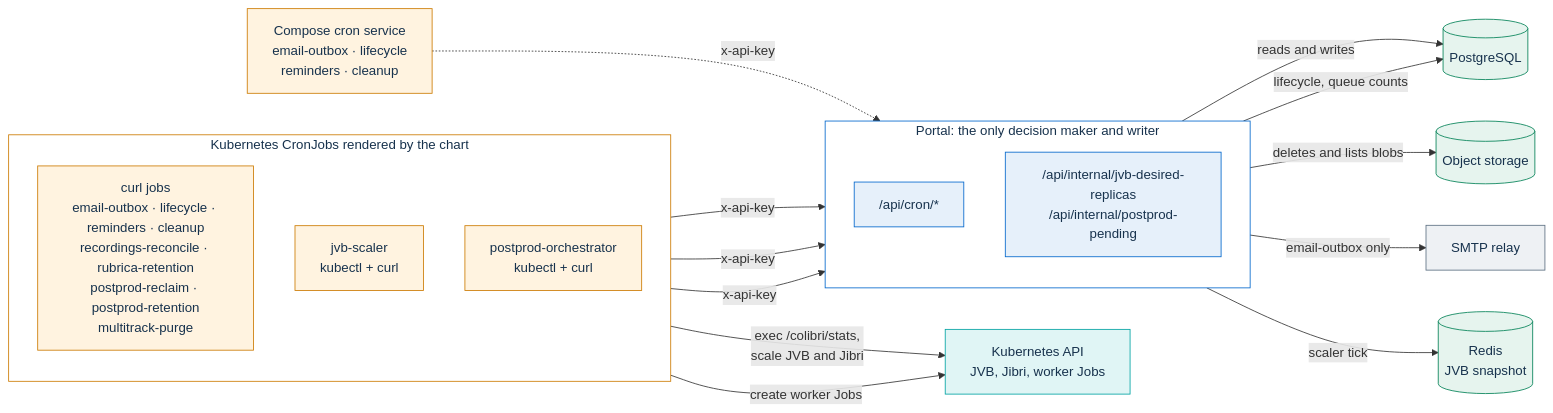
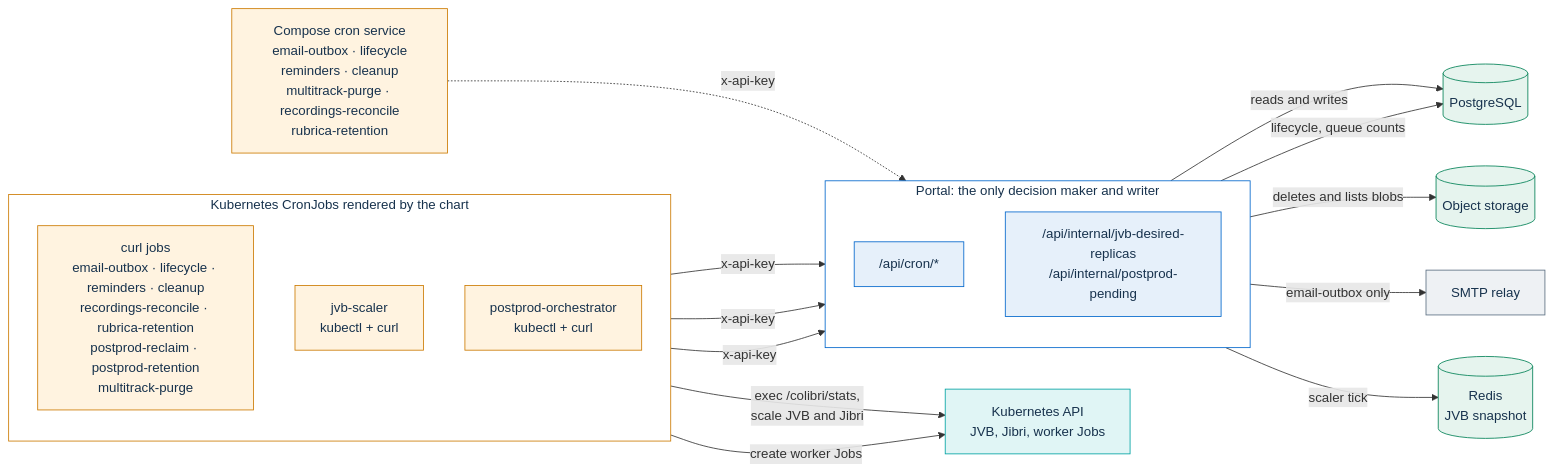
One commit to italia/pa-webinar changed the first of 3 diagrams in docs/architecture/background-jobs.md. Above: the diagram before and after it, drawn with Mermaid. The commit also changed other lines of this file and 18 other files, not shown here.

````diff
--- a/docs/architecture/background-jobs.md
+++ b/docs/architecture/background-jobs.md
@@ -27,42 +27,42 @@
 ```mermaid
 flowchart LR
   subgraph K8S["Kubernetes CronJobs rendered by the chart"]
     direction TB
     CURL["curl jobs<br/>email-outbox · lifecycle · reminders · cleanup<br/>recordings-reconcile · rubrica-retention<br/>postprod-reclaim · postprod-retention<br/>multitrack-purge"]:::job
     SCALER["jvb-scaler<br/>kubectl + curl"]:::job
     ORCH["postprod-orchestrator<br/>kubectl + curl"]:::job
   end
-  COMPOSE["Compose cron service<br/>email-outbox · lifecycle<br/>reminders · cleanup"]:::job
+  COMPOSE["Compose cron service<br/>email-outbox · lifecycle<br/>reminders · cleanup<br/>multitrack-purge · recordings-reconcile<br/>rubrica-retention"]:::job
 
   subgraph PORTAL["Portal: the only decision maker and writer"]
     direction TB
     CRON["/api/cron/*"]:::portal
     INTERNAL["/api/internal/jvb-desired-replicas<br/>/api/internal/postprod-pending"]:::portal
   end
 
   PG[("PostgreSQL")]:::data
   OBJ[("Object storage")]:::data
   RD[("Redis<br/>JVB snapshot")]:::data
   SMTP["SMTP relay"]:::ext
   KAPI["Kubernetes API<br/>JVB, Jibri, worker Jobs"]:::media
 
   CURL -->|"x-api-key"| CRON
   COMPOSE -.->|"x-api-key"| CRON
   SCALER -->|"x-api-key"| INTERNAL
   ORCH -->|"x-api-key"| INTERNAL
   CRON -->|"reads and writes"| PG
   CRON -->|"deletes and lists blobs"| OBJ
   CRON -->|"email-outbox only"| SMTP
   INTERNAL -->|"lifecycle, queue counts"| PG
   INTERNAL -->|"scaler tick"| RD
   SCALER -->|"exec /colibri/stats,<br/>scale JVB and Jibri"| KAPI
   ORCH -->|"create worker Jobs"| KAPI
 
   classDef job fill:#FFF3E0,stroke:#CC7A00,color:#17324D
   classDef portal fill:#E6F0FA,stroke:#0066CC,color:#17324D
   classDef data fill:#E6F4EE,stroke:#008055,color:#17324D
   classDef ext fill:#EEF1F4,stroke:#5C6F82,color:#17324D
   classDef media fill:#E0F5F5,stroke:#00A3A3,color:#17324D
   style K8S fill:#FFFFFF,stroke:#CC7A00,color:#17324D
   style PORTAL fill:#FFFFFF,stroke:#0066CC,color:#17324D
 ```
````
